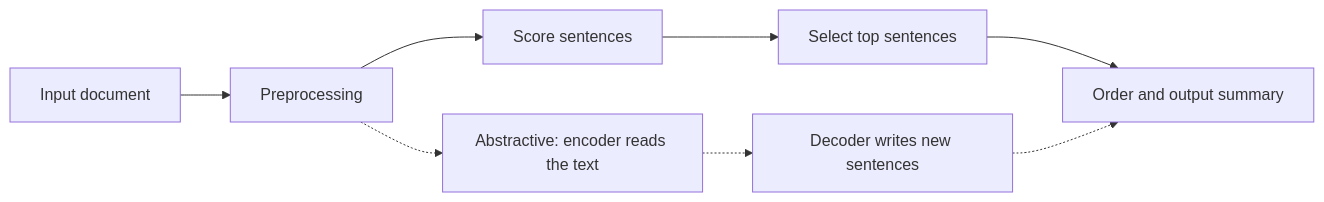
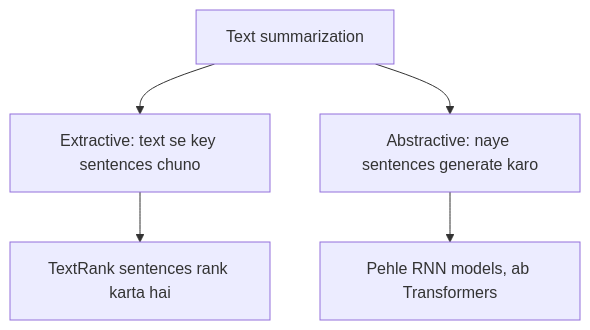
Before and after one commit to TrendySloth1001/sem-seven-notes: the diagram in content/natural-language-processing/pyq/2024-12-ce/q6a.hi.mdx, drawn with Mermaid. The commit also changed other lines of this file and 406 other files, not shown here.

````diff
--- a/content/natural-language-processing/pyq/2024-12-ce/q6a.hi.mdx
+++ b/content/natural-language-processing/pyq/2024-12-ce/q6a.hi.mdx
@@ -25,11 +9,8 @@
 ```mermaid
-%% caption: Extractive summarization sentences ko score karke best rakhta hai; abstractive text padhkar naye sentences likhta hai.
-flowchart LR
-  A["Input document"] --> B["Preprocessing"]
-  B --> C["Score sentences"]
-  C --> D["Select top sentences"]
-  D --> E["Order and output summary"]
-  B -.-> F["Abstractive: encoder reads the text"]
-  F -.-> G["Decoder writes new sentences"]
-  G -.-> E
+%% caption: Text summarization ke do types.
+flowchart TD
+  S["Text summarization"] --> E["Extractive: text se key sentences chuno"]
+  S --> A["Abstractive: naye sentences generate karo"]
+  E --> T["TextRank sentences rank karta hai"]
+  A --> X["Pehle RNN models, ab Transformers"]
 ```
````
